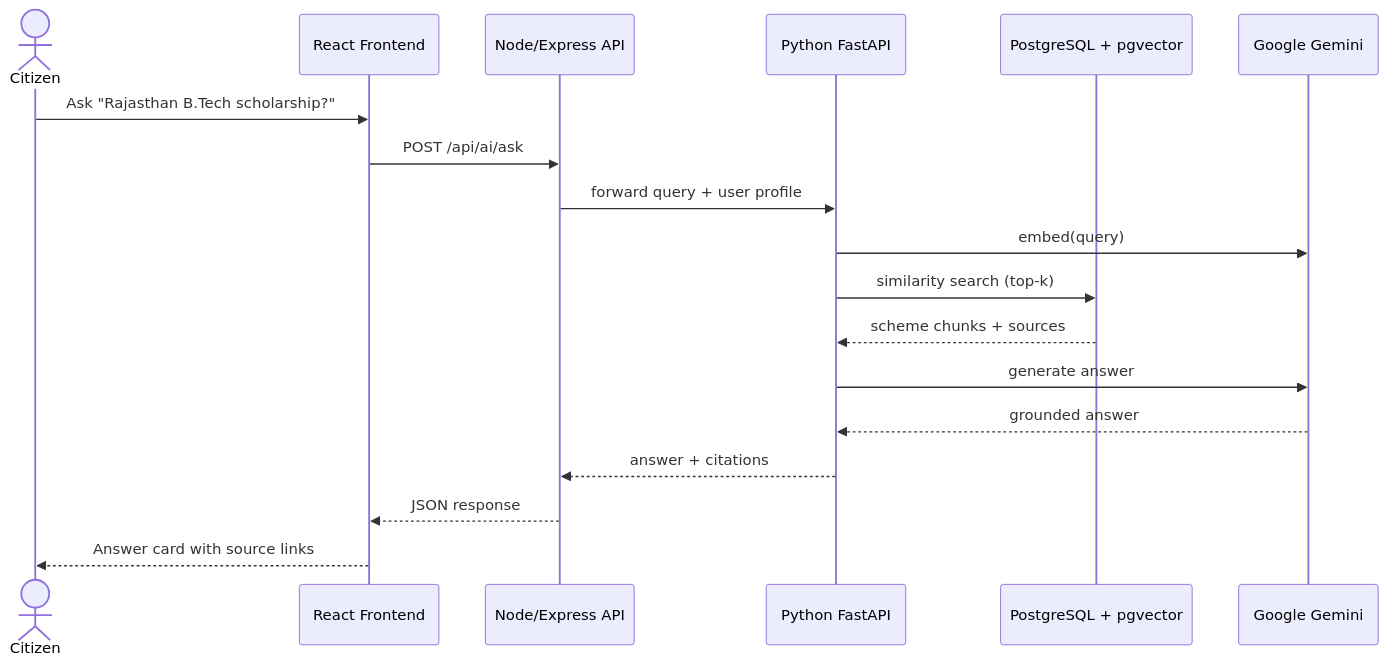
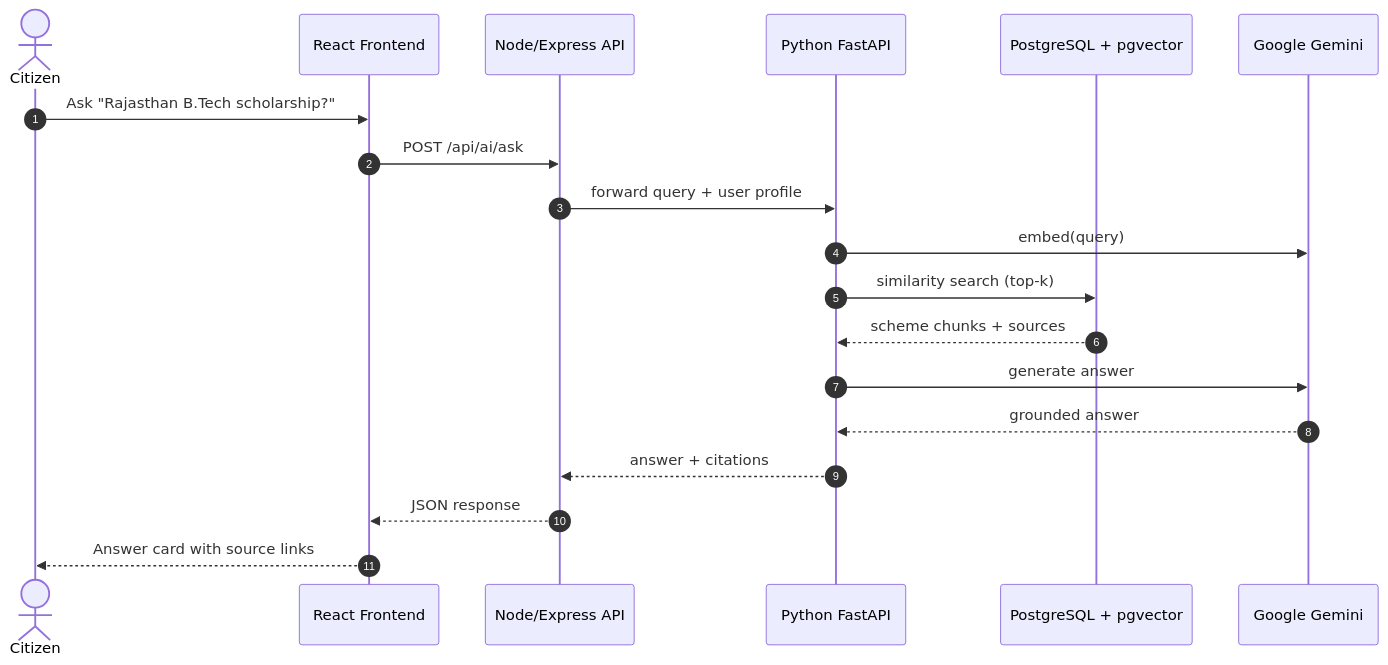
Before and after one commit to Akshatsrii/Adhikar: the third of 11 diagrams in README.md, drawn with Mermaid. The commit also changed other lines of this file, not shown here.

````diff
--- a/README.md
+++ b/README.md
@@ -131,21 +304,22 @@
 ```mermaid
 sequenceDiagram
+    autonumber
     actor Citizen
     participant FE as React Frontend
     participant API as Node/Express API
     participant AI as Python FastAPI
     participant PG as PostgreSQL + pgvector
     participant LLM as Google Gemini
 
     Citizen->>FE: Ask "Rajasthan B.Tech scholarship?"
     FE->>API: POST /api/ai/ask
     API->>AI: forward query + user profile
     AI->>LLM: embed(query)
     AI->>PG: similarity search (top-k)
     PG-->>AI: scheme chunks + sources
     AI->>LLM: generate answer
     LLM-->>AI: grounded answer
     AI-->>API: answer + citations
     API-->>FE: JSON response
     FE-->>Citizen: Answer card with source links
 ```
````
